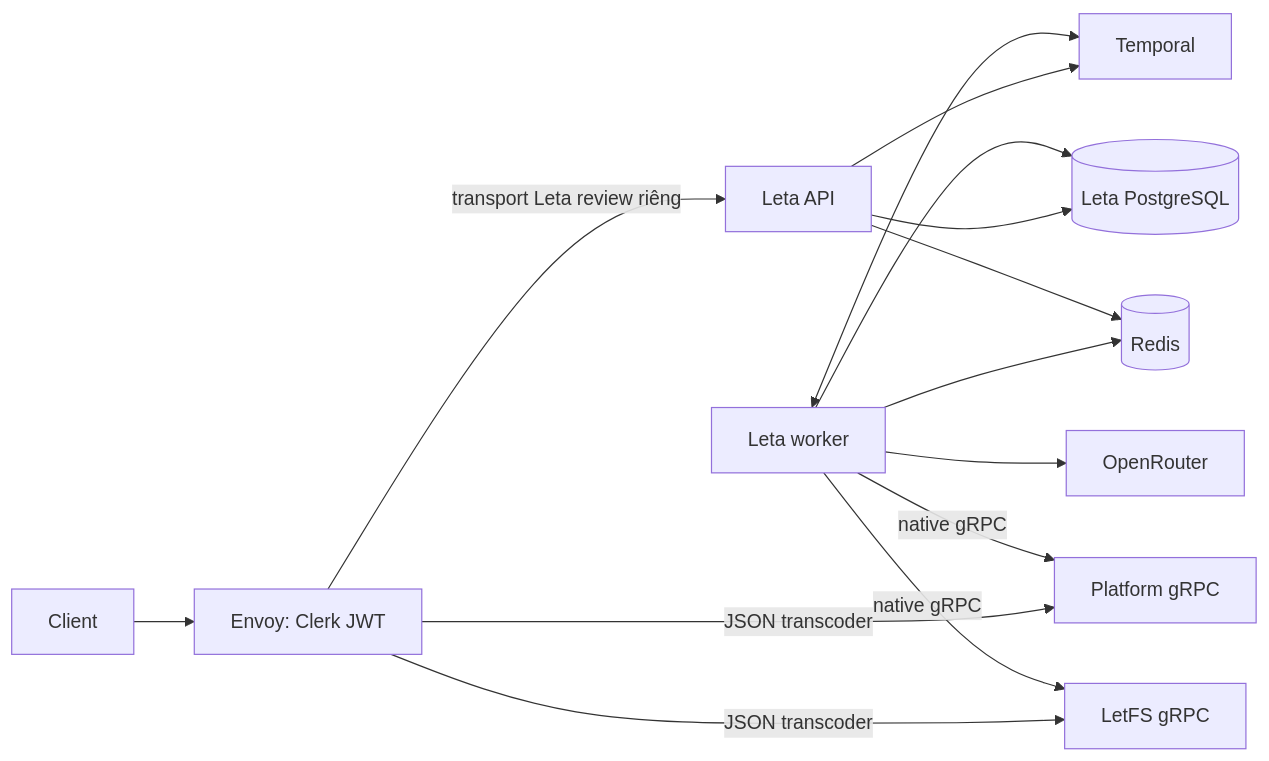
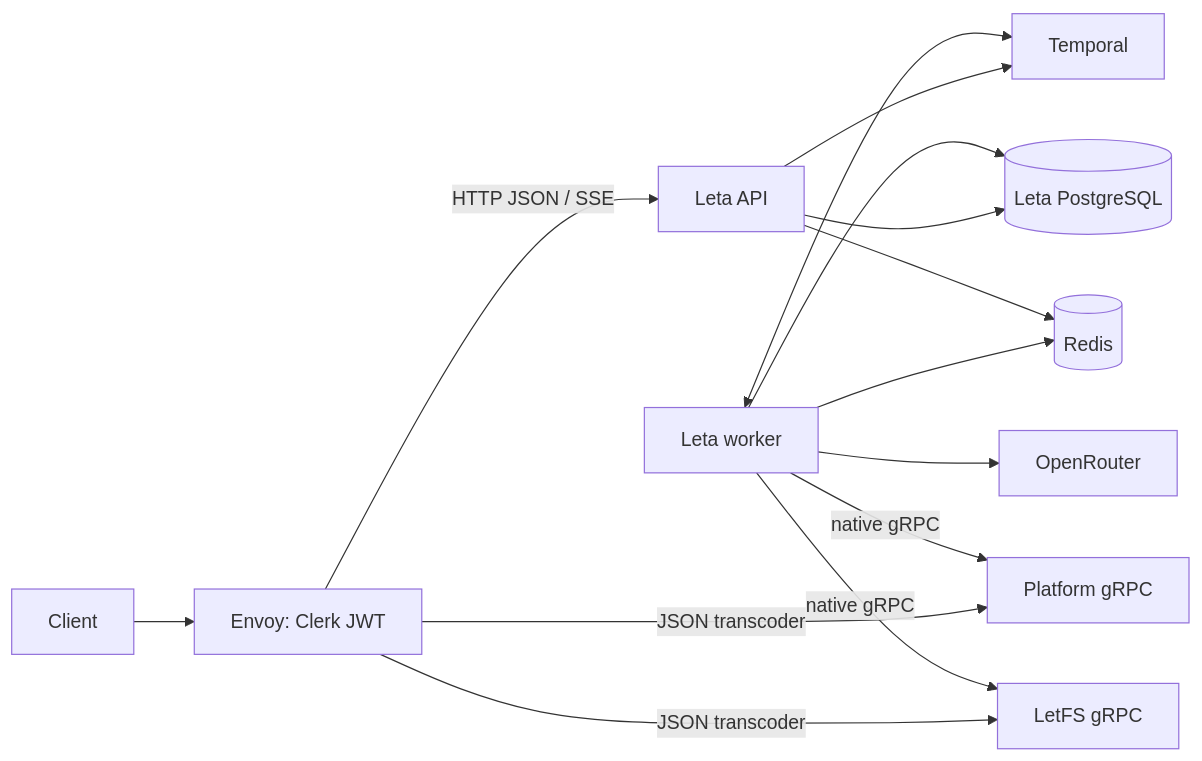
One commit to qninhdt/openlet changed the diagram in plans/261111-2010-leta-rewrite/design.md. Above: the diagram before and after it, drawn with Mermaid. The commit also changed other lines of this file and 33 other files, not shown here.

````diff
--- a/plans/261111-2010-leta-rewrite/design.md
+++ b/plans/261111-2010-leta-rewrite/design.md
@@ -65,16 +66,16 @@
 ```mermaid
 flowchart LR
     UI[Client] --> E[Envoy: Clerk JWT]
-    E -->|transport Leta review riêng| A[Leta API]
+    E -->|HTTP JSON / SSE| A[Leta API]
     E -->|JSON transcoder| P[Platform gRPC]
     E -->|JSON transcoder| F[LetFS gRPC]
     A --> T[Temporal]
     W[Leta worker] <--> T
     W -->|native gRPC| P
     W -->|native gRPC| F
     W --> M[OpenRouter]
     A --> DB[(Leta PostgreSQL)]
     W --> DB
     W --> R[(Redis)]
     A --> R
 ```
````
